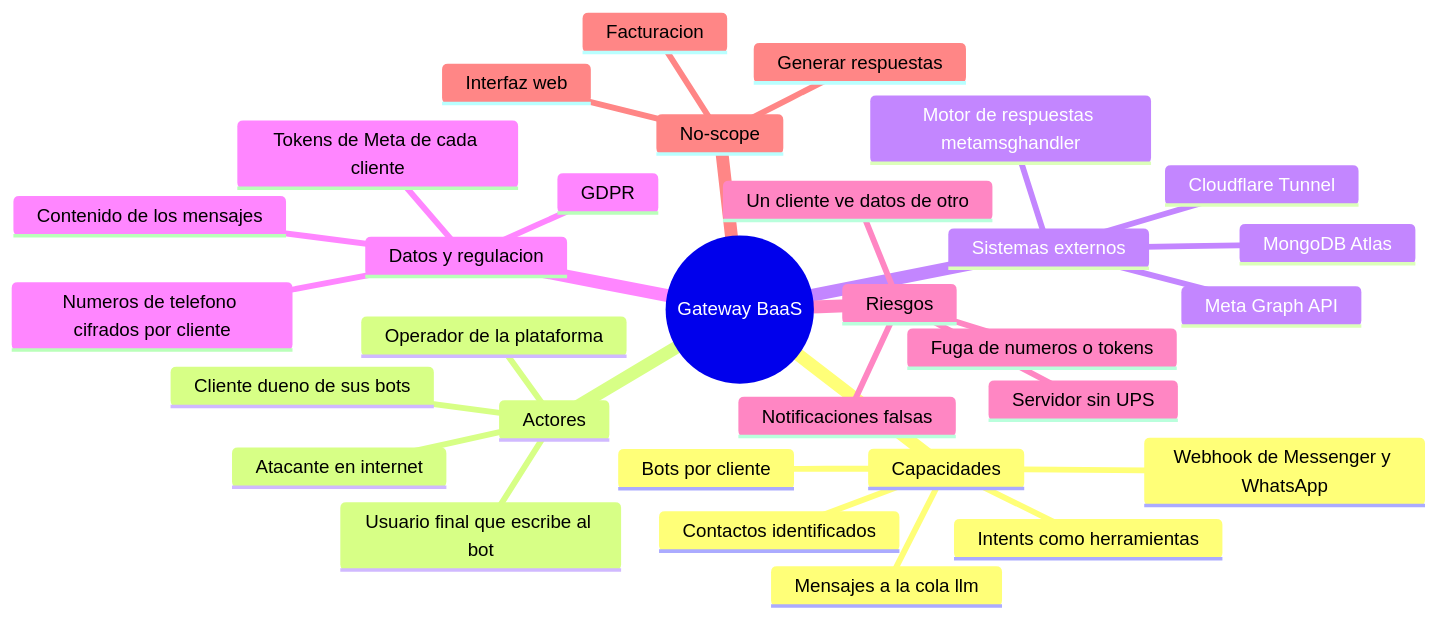
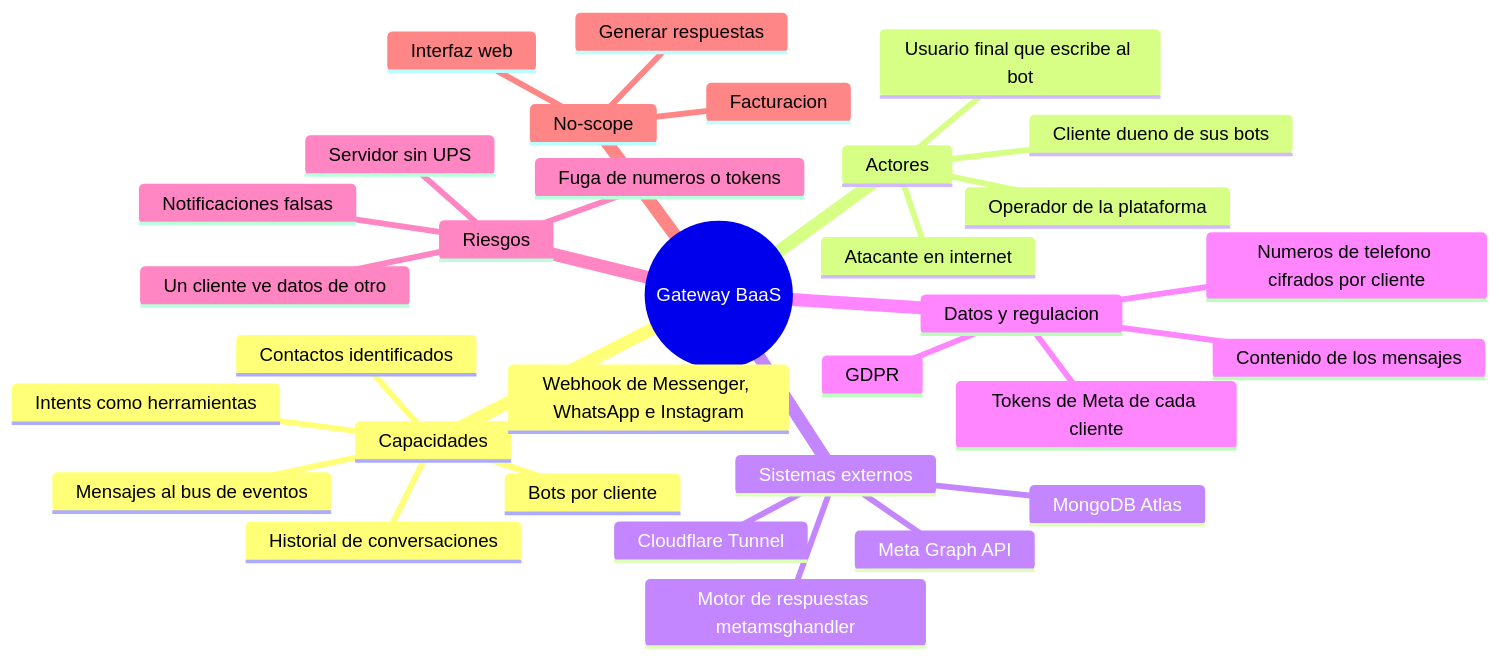
The diagram in docs/00-project/charter.md (jeremialcala/wh-python-fastapi-messenger), drawn with Mermaid before and after one commit. The commit also changed other lines of this file and 5 other files, not shown here.

````diff
--- a/docs/00-project/charter.md
+++ b/docs/00-project/charter.md
@@ -46,34 +49,35 @@
 ```mermaid
 mindmap
   root((Gateway BaaS))
     Capacidades
       Bots por cliente
-      Webhook de Messenger y WhatsApp
+      Webhook de Messenger, WhatsApp e Instagram
       Contactos identificados
-      Mensajes a la cola llm
+      Mensajes al bus de eventos
+      Historial de conversaciones
       Intents como herramientas
     Actores
       Cliente dueno de sus bots
       Usuario final que escribe al bot
       Operador de la plataforma
       Atacante en internet
     Sistemas externos
       Meta Graph API
       MongoDB Atlas
       Motor de respuestas metamsghandler
       Cloudflare Tunnel
     Datos y regulacion
       Numeros de telefono cifrados por cliente
       Contenido de los mensajes
       Tokens de Meta de cada cliente
       GDPR
     Riesgos
       Un cliente ve datos de otro
       Fuga de numeros o tokens
       Notificaciones falsas
       Servidor sin UPS
     No-scope
       Generar respuestas
       Interfaz web
       Facturacion
 ```
````
